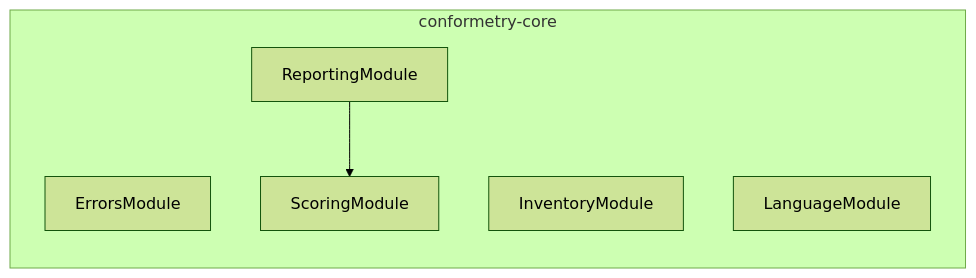
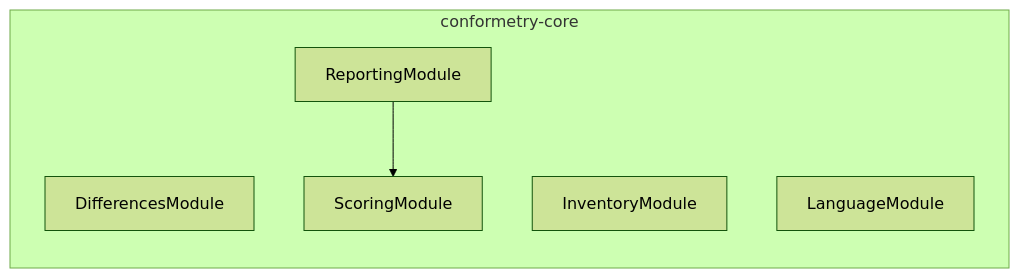
Before and after one commit to JimmyPaolini/codebase: the diagram in packages/conformetry-core/AGENTS.md, drawn with Mermaid (forest theme). The commit also changed 77 other files, not shown here.

````diff
--- a/packages/conformetry-core/AGENTS.md
+++ b/packages/conformetry-core/AGENTS.md
@@ -55,11 +55,11 @@
 ```mermaid
 flowchart LR
   subgraph group0["conformetry-core"]
-    ErrorsModule
+    DifferencesModule
     InventoryModule
     LanguageModule
     ReportingModule
     ScoringModule
   end
   ReportingModule --> ScoringModule
 ```
````
